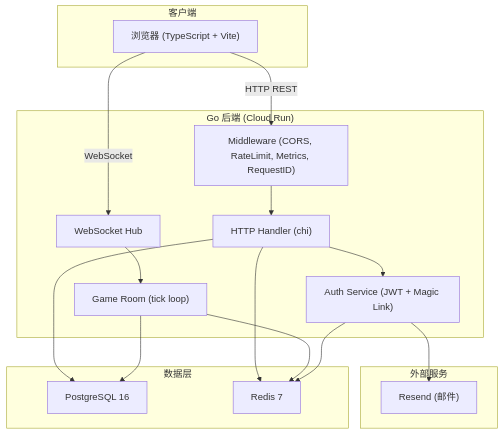
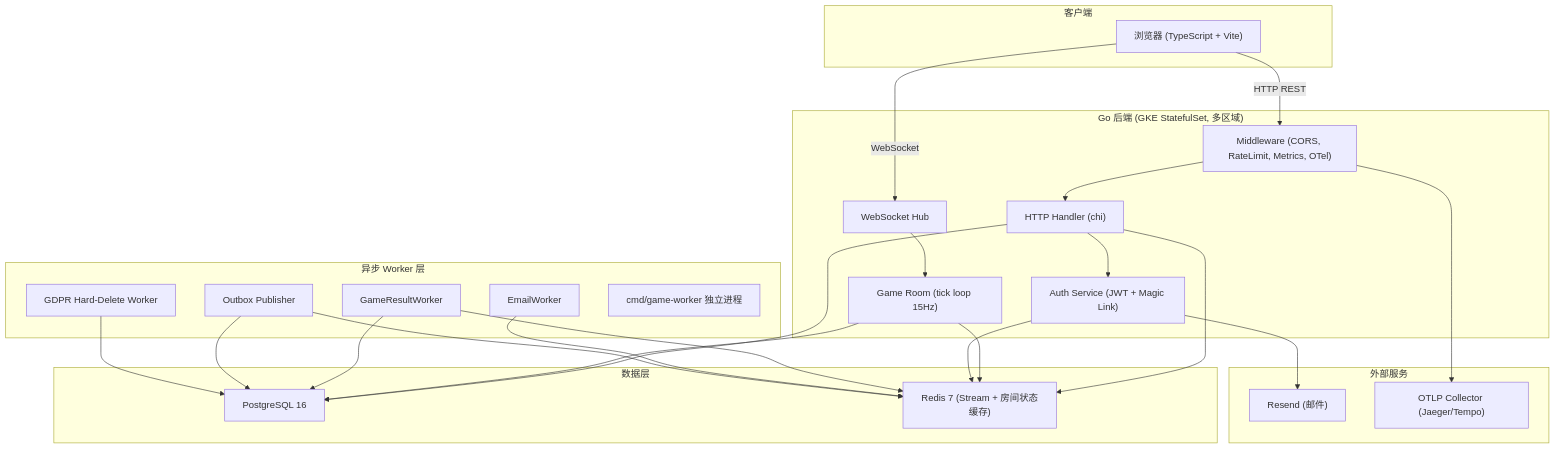
Before and after one commit to FCFColin/uppy-clone: the first of 2 diagrams in docs/architecture/architecture.md, drawn with Mermaid. The commit also changed other lines of this file and 51 other files, not shown here.

````diff
--- a/docs/architecture/architecture.md
+++ b/docs/architecture/architecture.md
@@ -12,35 +53,51 @@
 ```mermaid
 graph TB
     subgraph Client["客户端"]
         Browser["浏览器 (TypeScript + Vite)"]
     end
 
-    subgraph Server["Go 后端 (Cloud Run)"]
+    subgraph Server["Go 后端 (GKE StatefulSet, 多区域)"]
         HTTP["HTTP Handler (chi)"]
         WS["WebSocket Hub"]
-        Room["Game Room (tick loop)"]
+        Room["Game Room (tick loop 15Hz)"]
         Auth["Auth Service (JWT + Magic Link)"]
-        MW["Middleware (CORS, RateLimit, Metrics, RequestID)"]
+        MW["Middleware (CORS, RateLimit, Metrics, OTel)"]
+    end
+
+    subgraph Workers["异步 Worker 层"]
+        GRW["GameResultWorker"]
+        EW["EmailWorker"]
+        OB["Outbox Publisher"]
+        GDPR["GDPR Hard-Delete Worker"]
+        GW["cmd/game-worker 独立进程"]
     end
 
     subgraph Data["数据层"]
         PG["PostgreSQL 16"]
-        Redis["Redis 7"]
+        Redis["Redis 7 (Stream + 房间状态缓存)"]
     end
 
     subgraph External["外部服务"]
         Resend["Resend (邮件)"]
+        OTel["OTLP Collector (Jaeger/Tempo)"]
     end
 
     Browser -->|HTTP REST| MW
     MW --> HTTP
     Browser -->|WebSocket| WS
     WS --> Room
     HTTP --> Auth
     HTTP --> PG
     HTTP --> Redis
     Room --> PG
     Room --> Redis
     Auth --> Resend
     Auth --> Redis
+    GRW --> Redis
+    GRW --> PG
+    EW --> Redis
+    OB --> PG
+    OB --> Redis
+    GDPR --> PG
+    MW --> OTel
 ```
````
